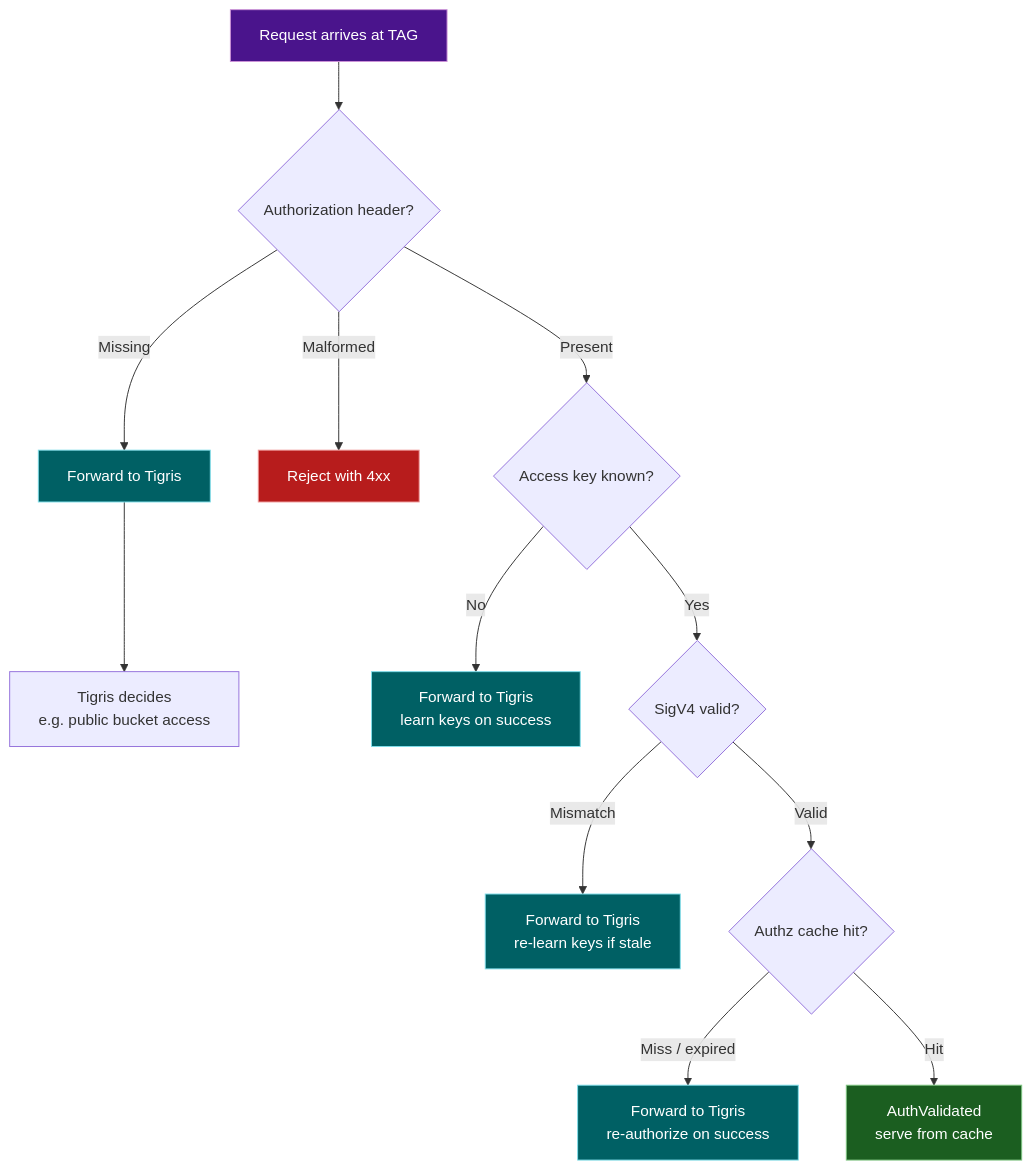
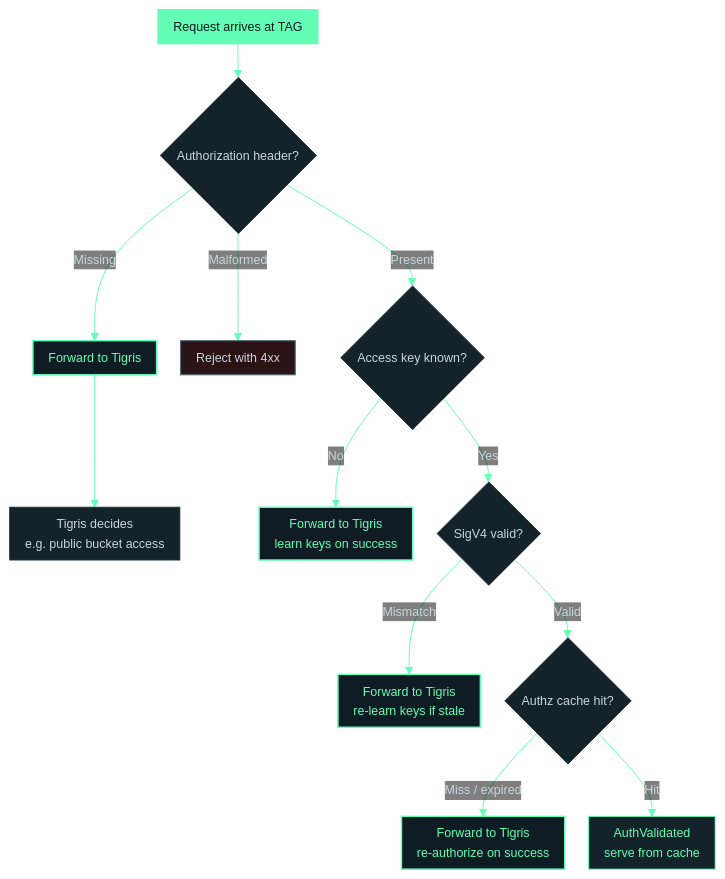
The third of 3 diagrams in docs/acceleration-gateway/security.mdx (tigrisdata/tigris-os-docs), drawn with Mermaid before and after one commit. The commit also changed other lines of this file and 2 other files, not shown here.

Commit message:
style: match mermaid diagrams to TAG lander diagram styling
Style all mermaid diagrams in acceleration-gateway docs to match the
TAGArchitectureDiagram component on the Tigris website lander.

- Node colors: solid #62FEB5 for TAG nodes, dark navy with green borders
  for cache/upstream, gray borders for client/infra nodes
- Rounded corners: 8px rx/ry matching the lander's boxR=8
- Frame container: solid #1e3340 border, 14px radius, #0e1920 background
- Edge labels: muted #8fa3b0 italic annotations matching lander style
- Tighter spacing: reduced padding, nodeSpacing, rankSpacing
- Sequence diagrams: mirrorActors disabled, compact margins
- Arrow lines: 1.5px stroke matching lander

````diff
--- a/docs/acceleration-gateway/security.mdx
+++ b/docs/acceleration-gateway/security.mdx
@@ -119,25 +121,26 @@
 ```mermaid
+%%{init: {'theme': 'base', 'flowchart': {'padding': 8, 'nodeSpacing': 25, 'rankSpacing': 35}, 'themeVariables': {'primaryColor': '#142229', 'primaryTextColor': '#c8d6de', 'primaryBorderColor': '#1e3340', 'lineColor': '#62FEB5', 'secondaryColor': '#101c24', 'tertiaryColor': '#0e1920', 'edgeLabelBackground': 'transparent', 'clusterBkg': '#0e1920', 'clusterBorder': '#1e3340', 'fontFamily': 'sans-serif', 'fontSize': '13px', 'background': '#0e1920', 'textColor': '#8fa3b0', 'nodeBorder': '#1e3340'}}}%%
 flowchart TD
-    classDef tag fill:#4a148c,stroke:#ce93d8,color:#fff
-    classDef forward fill:#006064,stroke:#80deea,color:#fff
-    classDef reject fill:#b71c1c,stroke:#ef9a9a,color:#fff
-    classDef local fill:#1b5e20,stroke:#81c784,color:#fff
+    classDef tag fill:#62FEB5,stroke:#62FEB5,color:#0A171E,stroke-width:1.2px
+    classDef forward fill:#101c24,stroke:#62FEB5,color:#62FEB5,stroke-width:1.5px
+    classDef reject fill:#2a1215,stroke:#506874,color:#c8d6de,stroke-width:1.2px
+    classDef local fill:#142229,stroke:#62FEB5,color:#62FEB5,stroke-width:1px
 
     R[Request arrives at TAG]:::tag
     R --> A{Authorization header?}
 
     A -->|Missing| F1[Forward to Tigris]:::forward
     F1 --> F1a[Tigris decides\ne.g. public bucket access]
 
     A -->|Malformed| REJ[Reject with 4xx]:::reject
 
     A -->|Present| K{Access key known?}
     K -->|No| F2[Forward to Tigris\nlearn keys on success]:::forward
 
     K -->|Yes| S{SigV4 valid?}
     S -->|Mismatch| F3[Forward to Tigris\nre-learn keys if stale]:::forward
 
     S -->|Valid| AZ{Authz cache hit?}
     AZ -->|Miss / expired| F4[Forward to Tigris\nre-authorize on success]:::forward
     AZ -->|Hit| OK[AuthValidated\nserve from cache]:::local
 ```
````
